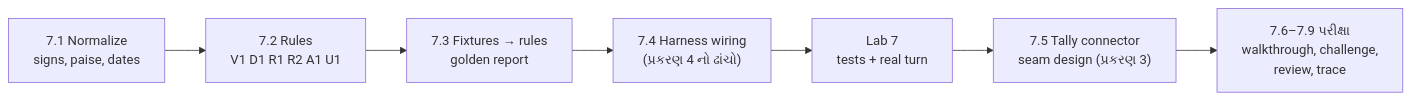
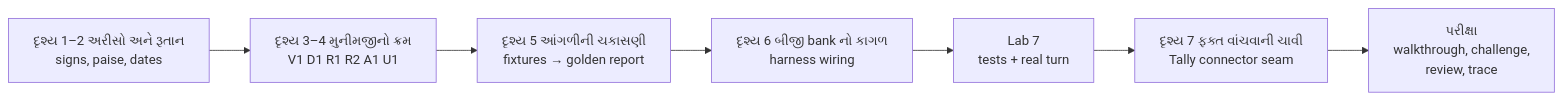
Before and after one commit to vrajkher/DeepSeekHarnessBookNEW: the first of 3 diagrams in book/07-antim-project-mastery.md, drawn with Mermaid. The commit also changed other lines of this file and 15 other files, not shown here.

````diff
--- a/book/07-antim-project-mastery.md
+++ b/book/07-antim-project-mastery.md
@@ -35,9 +35,9 @@
 ```mermaid
 flowchart LR
-  N["7.1 Normalize<br/>signs, paise, dates"] --> R["7.2 Rules<br/>V1 D1 R1 R2 A1 U1"]
-  R --> F["7.3 Fixtures → rules<br/>golden report"]
-  F --> W["7.4 Harness wiring<br/>(પ્રકરણ 4 નો ઢાંચો)"]
+  N["દૃશ્ય 1–2 અરીસો અને રૂતાન<br/>signs, paise, dates"] --> R["દૃશ્ય 3–4 મુનીમજીનો ક્રમ<br/>V1 D1 R1 R2 A1 U1"]
+  R --> F["દૃશ્ય 5 આંગળીની ચકાસણી<br/>fixtures → golden report"]
+  F --> W["દૃશ્ય 6 બીજી bank નો કાગળ<br/>harness wiring"]
   W --> L["Lab 7<br/>tests + real turn"]
-  L --> X["7.5 Tally connector<br/>seam design (પ્રકરણ 3)"]
-  X --> E["7.6–7.9 પરીક્ષા<br/>walkthrough, challenge,<br/>review, trace"]
+  L --> X["દૃશ્ય 7 ફક્ત વાંચવાની ચાવી<br/>Tally connector seam"]
+  X --> E["પરીક્ષા<br/>walkthrough, challenge,<br/>review, trace"]
 ```
````
